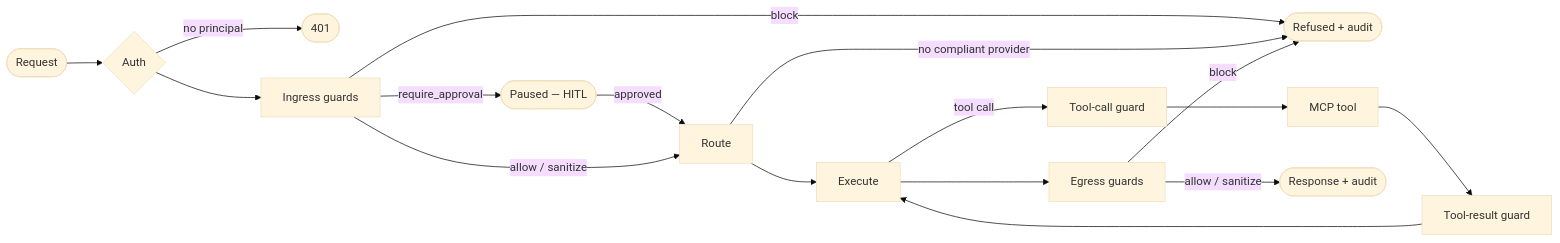
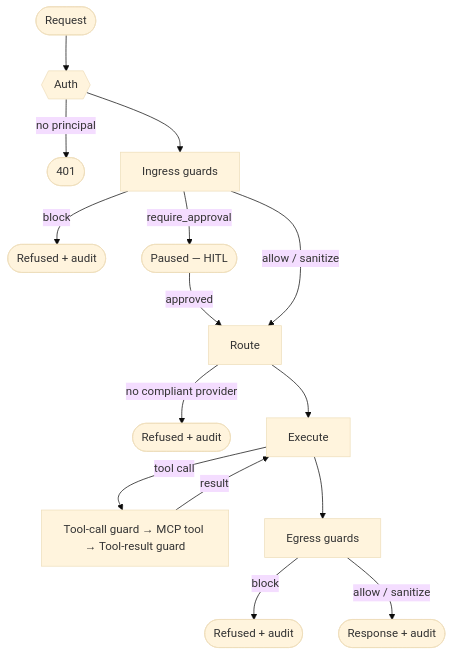
The second of 2 diagrams in _posts/2026-05-13-rebuilding-aegis-as-a-framework.md (e-choness/portfolio-site), drawn with Mermaid (base theme) before and after one commit. The commit also changed other lines of this file and 22 other files, not shown here.

Commit message:
improve diagram display

````diff
--- a/_posts/2026-05-13-rebuilding-aegis-as-a-framework.md
+++ b/_posts/2026-05-13-rebuilding-aegis-as-a-framework.md
@@ -109,16 +119,17 @@
 ```mermaid
-flowchart LR
-    REQ([Request]) --> AUTH{Auth}
+flowchart TD
+    REQ([Request]) --> AUTH@{ shape: hex, label: "Auth" }
     AUTH -- no principal --> R401([401])
     AUTH --> IN[Ingress guards]
-    IN -- block --> REF([Refused + audit])
+    IN -- block --> REF1([Refused + audit])
     IN -- require_approval --> HOLD([Paused — HITL])
     HOLD -- approved --> RT
     IN -- allow / sanitize --> RT[Route]
-    RT -- no compliant provider --> REF
+    RT -- no compliant provider --> REF2([Refused + audit])
     RT --> EX[Execute]
-    EX -- tool call --> TG[Tool-call guard] --> MCP[MCP tool] --> TR[Tool-result guard] --> EX
+    EX -- tool call --> TOOL[Tool-call guard → MCP tool → Tool-result guard]
+    TOOL -- result --> EX
     EX --> EG[Egress guards]
-    EG -- block --> REF
+    EG -- block --> REF3([Refused + audit])
     EG -- allow / sanitize --> RESP([Response + audit])
 ```
````
